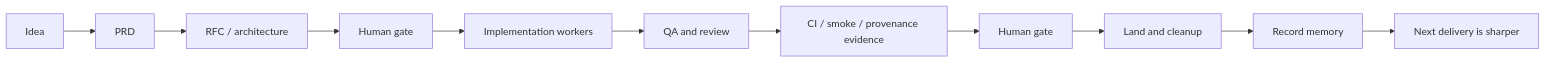
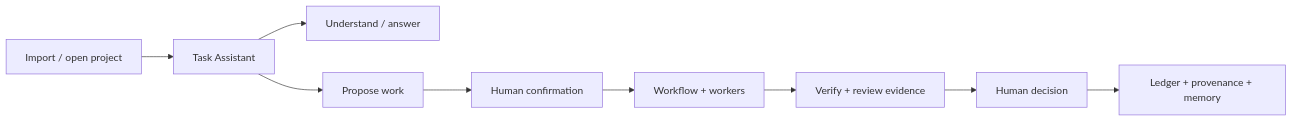
Before and after one commit to LukeJiaoR/GoodTeam: the first of 3 diagrams in docs/explainer.md, drawn with Mermaid. The commit also changed other lines of this file, not shown here.

Commit message:
docs: refresh explainer for Task Assistant workflow

````diff
--- a/docs/explainer.md
+++ b/docs/explainer.md
@@ -21,13 +13,21 @@
 ```mermaid
 flowchart LR
-    Idea[Idea] --> PRD[PRD]
-    PRD --> RFC[RFC / architecture]
-    RFC --> Gate1[Human gate]
-    Gate1 --> Build[Implementation workers]
-    Build --> QA[QA and review]
-    QA --> Evidence[CI / smoke / provenance evidence]
-    Evidence --> Gate2[Human gate]
-    Gate2 --> Land[Land and cleanup]
-    Land --> Memory[Record memory]
-    Memory --> Next[Next delivery is sharper]
+    Project[Import / open project]
+    Assistant[Task Assistant]
+    Understand[Understand / answer]
+    Propose[Propose work]
+    Confirm[Human confirmation]
+    Execute[Workflow + workers]
+    Evidence[Verify + review evidence]
+    Decide[Human decision]
+    Record[Ledger + provenance + memory]
+
+    Project --> Assistant
+    Assistant --> Understand
+    Assistant --> Propose
+    Propose --> Confirm
+    Confirm --> Execute
+    Execute --> Evidence
+    Evidence --> Decide
+    Decide --> Record
 ```
````
